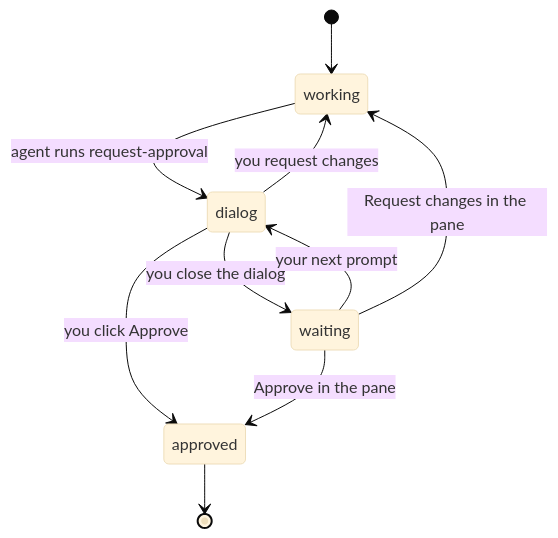
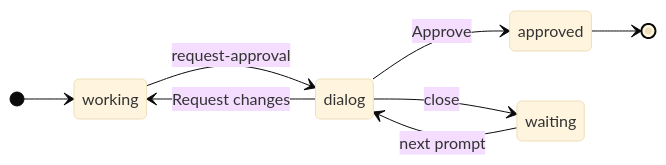
One commit to HMTools/ZeremAI changed the first of 2 diagrams in site/design/guards/approval-gate.mdx. Above: the diagram before and after it, drawn with Mermaid (base theme). The commit also changed other lines of this file and 8 other files, not shown here.

First line of the commit message:
refactor: Enhance design documentation diagrams for clarity

````diff
--- a/site/design/guards/approval-gate.mdx
+++ b/site/design/guards/approval-gate.mdx
@@ -10,12 +10,11 @@
 ```mermaid
 stateDiagram-v2
+  direction LR
   [*] --> working
-  working --> dialog: agent runs request-approval
-  dialog --> approved: you click Approve
-  dialog --> working: you request changes
-  dialog --> waiting: you close the dialog
-  waiting --> dialog: your next prompt
-  waiting --> approved: Approve in the pane
-  waiting --> working: Request changes in the pane
+  working --> dialog: request-approval
+  dialog --> approved: Approve
+  dialog --> working: Request changes
+  dialog --> waiting: close
+  waiting --> dialog: next prompt
   approved --> [*]
 ```
````
